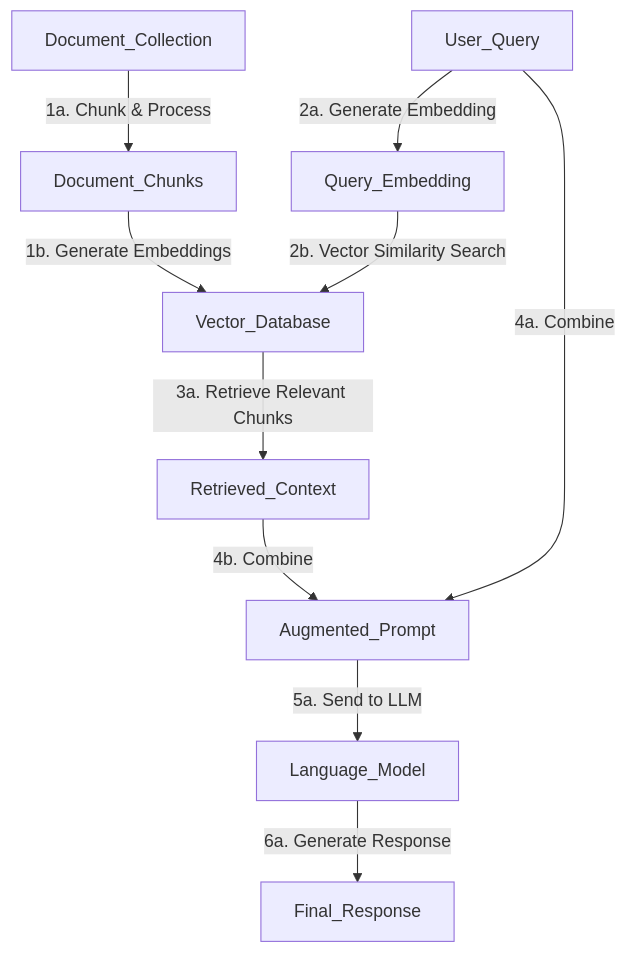
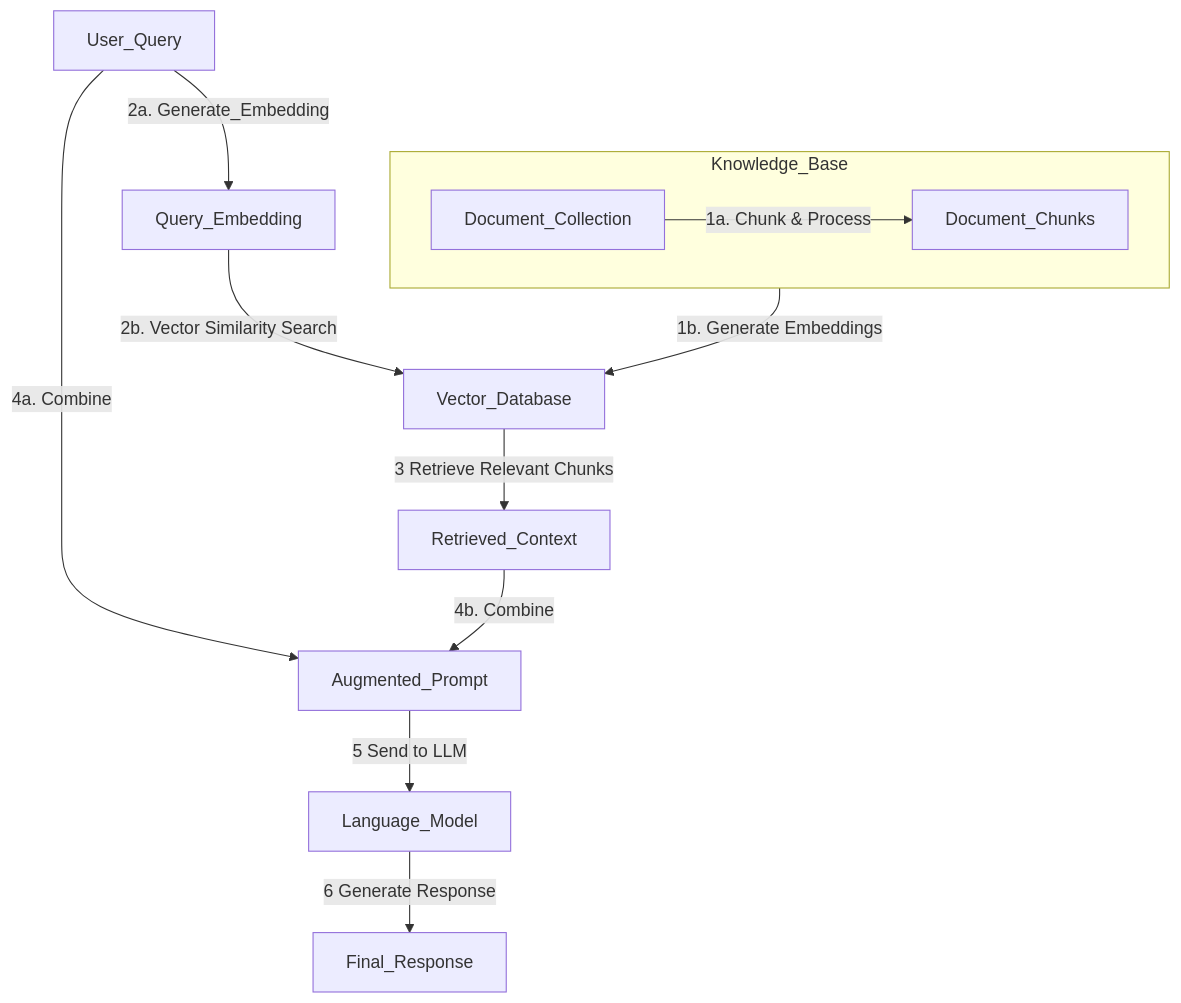
The diagram in docs/rag.mmd (edgeflare/pgo), drawn with Mermaid before and after one commit. The commit also changed 9 other files, not shown here.

```diff
--- a/docs/rag.mmd
+++ b/docs/rag.mmd
@@ -1,24 +1,26 @@
 graph TD
-    A[Document_Collection]
-    B[Document_Chunks]
-    C[Vector_Database]
+    subgraph Knowledge_Base
+        D[Document_Collection]
+        C[Document_Chunks]
+        D --> |1a. Chunk & Process| C
+    end
 
-    A --> |1a. Chunk & Process| B
-    B -->|1b. Generate Embeddings| C
+    DB[Vector_Database]
+    Knowledge_Base -->|1b. Generate Embeddings| DB
 
-    D[User_Query]
+    Q[User_Query]
     E[Query_Embedding]
-    D -->|2a. Generate Embedding| E
-    E -->|2b. Vector Similarity Search| C
+    Q -->|2a. Generate_Embedding| E
+    E -->|2b. Vector Similarity Search| DB
 
-    F[Retrieved_Context]
-    C -->|3a. Retrieve Relevant Chunks| F
+    CTX[Retrieved_Context]
+    DB -->|3 Retrieve Relevant Chunks| CTX
     
-    G[Augmented_Prompt]
-    D -->|"4a. Combine"| G
-    F -->|"4b. Combine"| G
+    P[Augmented_Prompt]
+    Q -->|"4a. Combine"| P
+    CTX -->|"4b. Combine"| P
     
-    H[Language_Model]
-    I[Final_Response]
-    G -->|5a. Send to LLM| H
-    H -->|6a. Generate Response| I
+    LLM[Language_Model]
+    R[Final_Response]
+    P -->|5 Send to LLM| LLM
+    LLM -->|6 Generate Response| R
```
